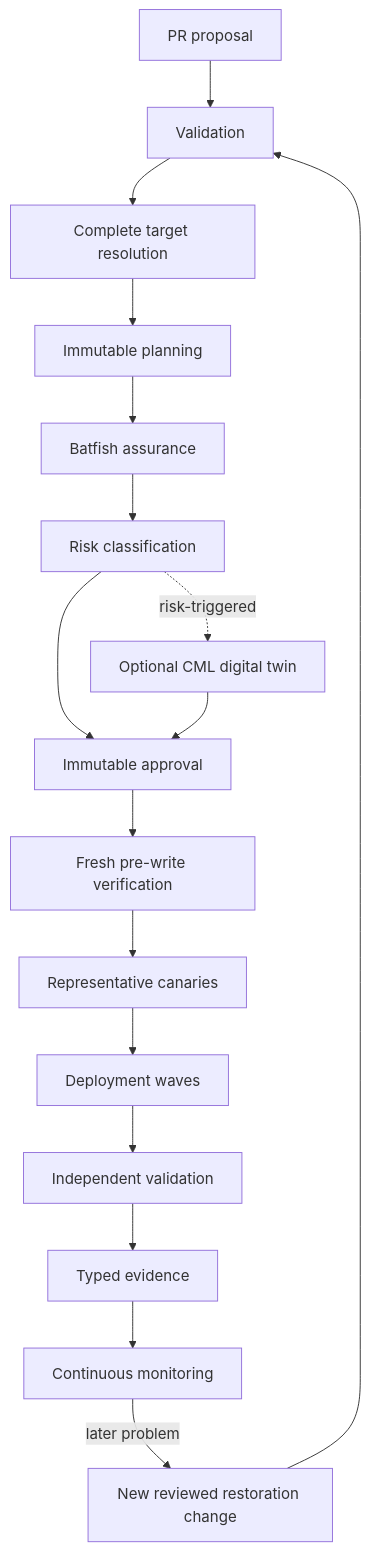
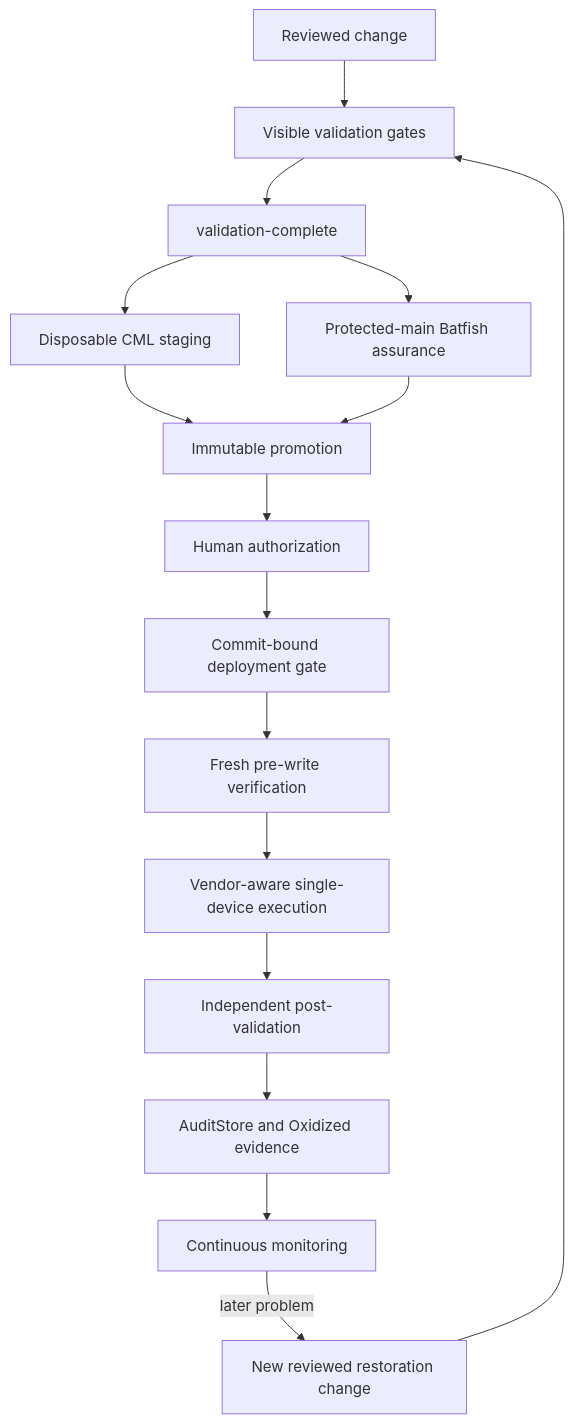
Before and after one commit to Atheer-Kareem/network-change-delivery-platform: the diagram in docs/architecture/change-lifecycle.md, drawn with Mermaid. The commit also changed other lines of this file and 12 other files, not shown here.

````diff
--- a/docs/architecture/change-lifecycle.md
+++ b/docs/architecture/change-lifecycle.md
@@ -7,19 +6,18 @@
 ```mermaid
 flowchart TD
-  PR[PR proposal] --> V[Validation]
-  V --> T[Complete target resolution]
-  T --> P[Immutable planning]
-  P --> B[Batfish assurance]
-  B --> R[Risk classification]
-  R --> A[Immutable approval]
-  R -. risk-triggered .-> C[Optional CML digital twin]
-  C --> A
-  A --> F[Fresh pre-write verification]
-  F --> K[Representative canaries]
-  K --> W[Deployment waves]
-  W --> I[Independent validation]
-  I --> E[Typed evidence]
+  PR[Reviewed change] --> V[Visible validation gates]
+  V --> VB[validation-complete]
+  VB --> C[Disposable CML staging]
+  VB --> B[Protected-main Batfish assurance]
+  C --> P[Immutable promotion]
+  B --> P
+  P --> A[Human authorization]
+  A --> G[Commit-bound deployment gate]
+  G --> F[Fresh pre-write verification]
+  F --> X[Vendor-aware single-device execution]
+  X --> I[Independent post-validation]
+  I --> E[AuditStore and Oxidized evidence]
   E --> M[Continuous monitoring]
   M -->|later problem| D[New reviewed restoration change]
   D --> V
 ```
````
